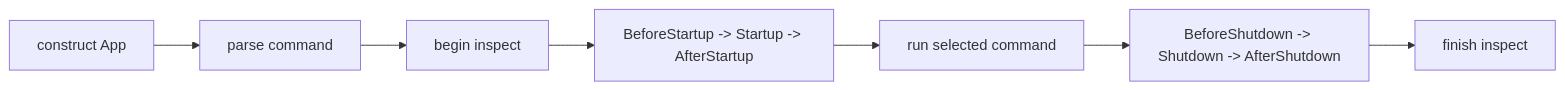
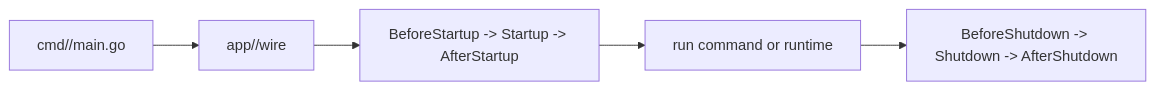
One commit to goforj/docs changed the diagram in docs/core/runtime-lifecycle.md. Above: the diagram before and after it, drawn with Mermaid. The commit also changed other lines of this file and 42 other files, not shown here.

````diff
--- a/docs/core/runtime-lifecycle.md
+++ b/docs/core/runtime-lifecycle.md
@@ -47,9 +41,7 @@
 ```mermaid
 flowchart LR
-  construct["construct App"] --> parse["parse command"]
-  parse --> inspect["begin inspect"]
-  inspect --> startup["BeforeStartup -> Startup -> AfterStartup"]
-  startup --> command["run selected command"]
+  entry["cmd/<app>/main.go"] --> wire["app/<app>/wire"]
+  wire --> startup["BeforeStartup -> Startup -> AfterStartup"]
+  startup --> command["run command or runtime"]
   command --> shutdown["BeforeShutdown -> Shutdown -> AfterShutdown"]
-  shutdown --> finish["finish inspect"]
 ```
````
